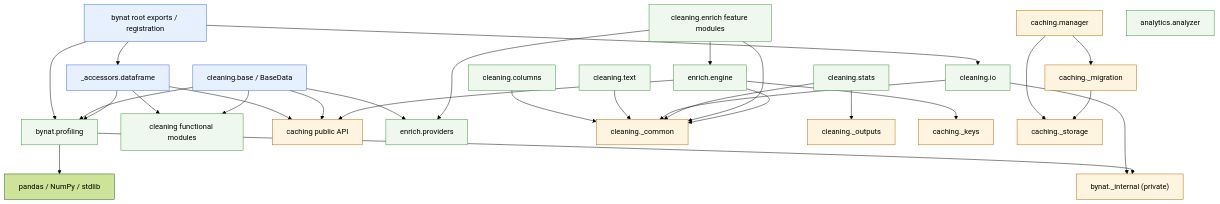
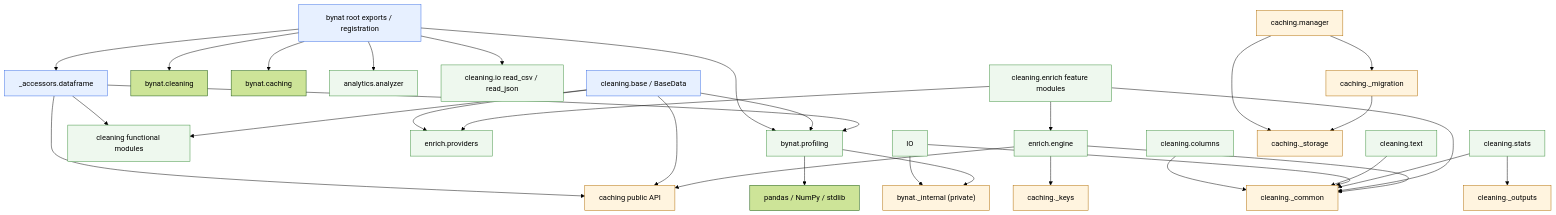
One commit to bynat-lab/bynat changed the second of 3 diagrams in docs/ARCHITECTURE_RESEARCH.md. Above: the diagram before and after it, drawn with Mermaid (forest theme). The commit also changed other lines of this file and 9 other files, not shown here.

First line of the commit message:
refactor(architecture): align root API with approved package boundaries

````diff
--- a/docs/ARCHITECTURE_RESEARCH.md
+++ b/docs/ARCHITECTURE_RESEARCH.md
@@ -605,44 +617,47 @@
 ```mermaid
 flowchart TD
     Root["bynat root exports / registration"] --> Accessor["_accessors.dataframe"]
-    Root --> IO["cleaning.io"]
+    Root --> Cleaning["bynat.cleaning"]
+    Root --> Caching["bynat.caching"]
+    Root --> Analytics["bynat.analytics"]
     Root --> Profiling["bynat.profiling"]
+    Root --> Readers["cleaning.io read_csv / read_json"]
 
     Accessor --> CleaningFns["cleaning functional modules"]
     Accessor --> Cache["caching public API"]
     Base["cleaning.base / BaseData"] --> CleaningFns
     Base --> Cache
     Base --> Providers["enrich.providers"]
     Base --> Profiling
 
     Columns["cleaning.columns"] --> Common["cleaning._common"]
     Text["cleaning.text"] --> Common
     IO --> Common
     Stats["cleaning.stats"] --> Common
     Stats --> Outputs["cleaning._outputs"]
 
     Enrich["cleaning.enrich feature modules"] --> Engine["enrich.engine"]
     Enrich --> Providers
     Enrich --> Common
     Engine --> Cache
     Engine --> CacheKeys["caching._keys"]
     Engine --> Common
 
     Manager["caching.manager"] --> Storage["caching._storage"]
     Manager --> Migration["caching._migration"]
     Migration --> Storage
 
     Analytics["analytics.analyzer"]
     Profiling["bynat.profiling"] --> Pandas["pandas / NumPy / stdlib"]
     Accessor --> Profiling
     Internal["bynat._internal (private)"]
     IO --> Internal
     Profiling --> Internal
 
     classDef facade fill:#e7f0ff,stroke:#356ae6;
     classDef domain fill:#eef8ee,stroke:#3a8f3a;
     classDef infra fill:#fff4df,stroke:#b06b00;
     class Accessor,Base,Root facade;
-    class CleaningFns,Columns,Text,IO,Stats,Profiling,Enrich,Engine,Providers,Analytics domain;
+    class CleaningFns,Columns,Text,IO,Stats,Profiling,Enrich,Engine,Providers,Analytics,Readers domain;
     class Cache,CacheKeys,Manager,Storage,Migration,Common,Outputs,Internal infra;
 ```
````
